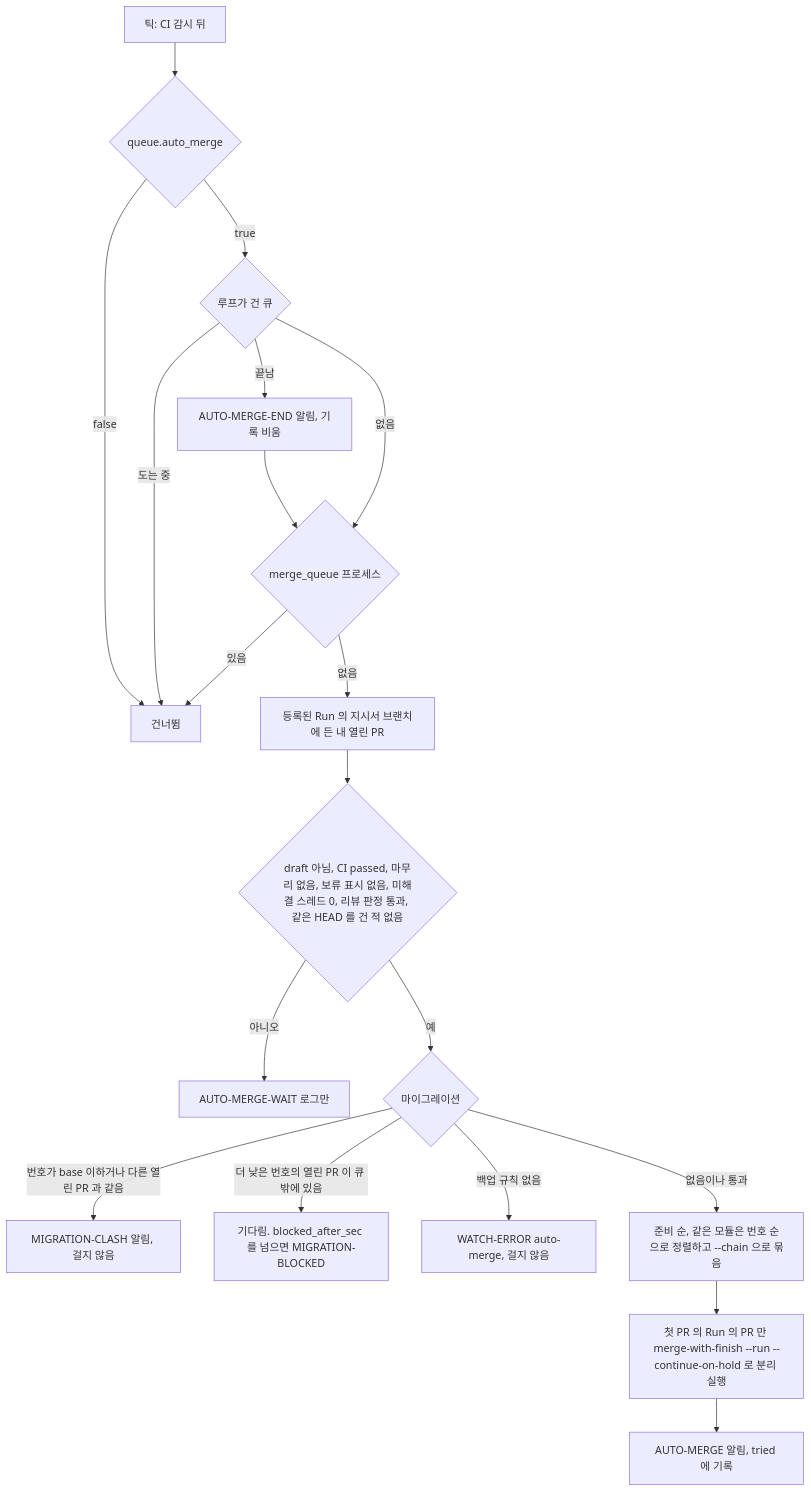
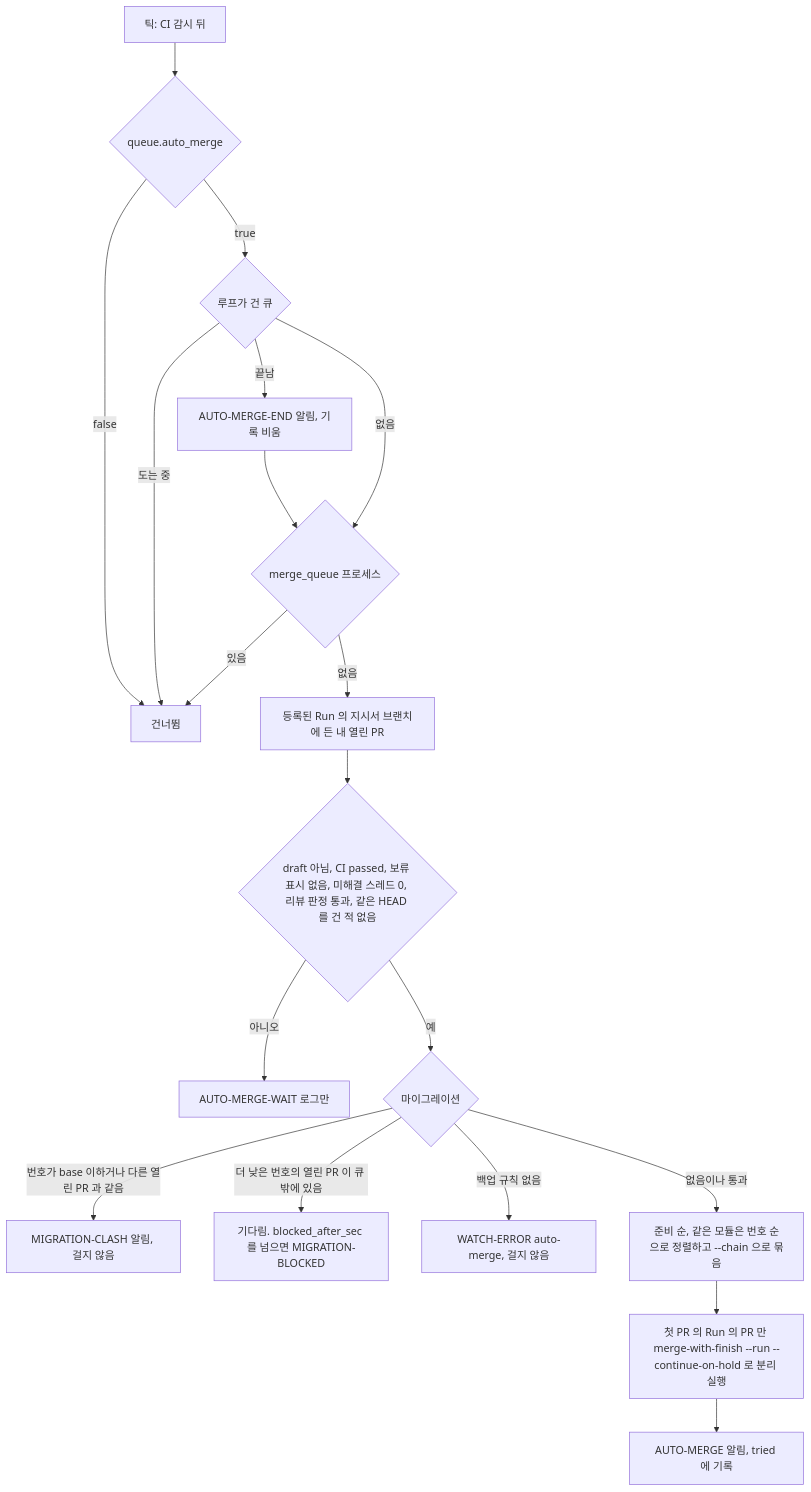
The seventh of 7 diagrams in docs/flow.md (jon890/fos-skills), drawn with Mermaid before and after one commit. The commit also changed other lines of this file and 5 other files, not shown here.

````diff
--- a/docs/flow.md
+++ b/docs/flow.md
@@ -286,21 +286,21 @@
 ```mermaid
 flowchart TD
     T[틱: CI 감시 뒤] --> E{queue.auto_merge}
     E -->|false| X[건너뜀]
     E -->|true| Q{루프가 건 큐}
     Q -->|끝남| END[AUTO-MERGE-END 알림, 기록 비움]
     Q -->|도는 중| X
     END --> P
     Q -->|없음| P{merge_queue 프로세스}
     P -->|있음| X
     P -->|없음| C[등록된 Run 의 지시서 브랜치에 든 내 열린 PR]
-    C --> R{draft 아님, CI passed, 마무리 없음, 보류 표시 없음, 미해결 스레드 0, 리뷰 판정 통과, 같은 HEAD 를 건 적 없음}
+    C --> R{draft 아님, CI passed, 보류 표시 없음, 미해결 스레드 0, 리뷰 판정 통과, 같은 HEAD 를 건 적 없음}
     R -->|아니오| W[AUTO-MERGE-WAIT 로그만]
     R -->|예| M{마이그레이션}
     M -->|번호가 base 이하거나 다른 열린 PR 과 같음| CL[MIGRATION-CLASH 알림, 걸지 않음]
     M -->|더 낮은 번호의 열린 PR 이 큐 밖에 있음| B[기다림. blocked_after_sec 를 넘으면 MIGRATION-BLOCKED]
     M -->|백업 규칙 없음| WE[WATCH-ERROR auto-merge, 걸지 않음]
     M -->|없음이나 통과| O[준비 순, 같은 모듈은 번호 순으로 정렬하고 --chain 으로 묶음]
     O --> L[첫 PR 의 Run 의 PR 만 merge-with-finish --run --continue-on-hold 로 분리 실행]
     L --> A[AUTO-MERGE 알림, tried 에 기록]
 ```
````
